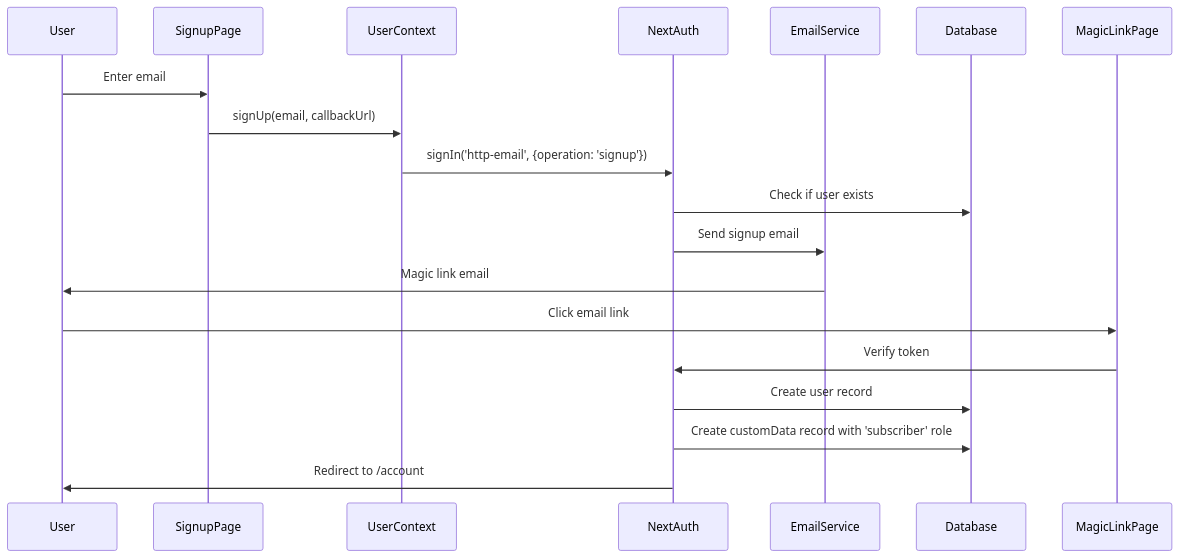
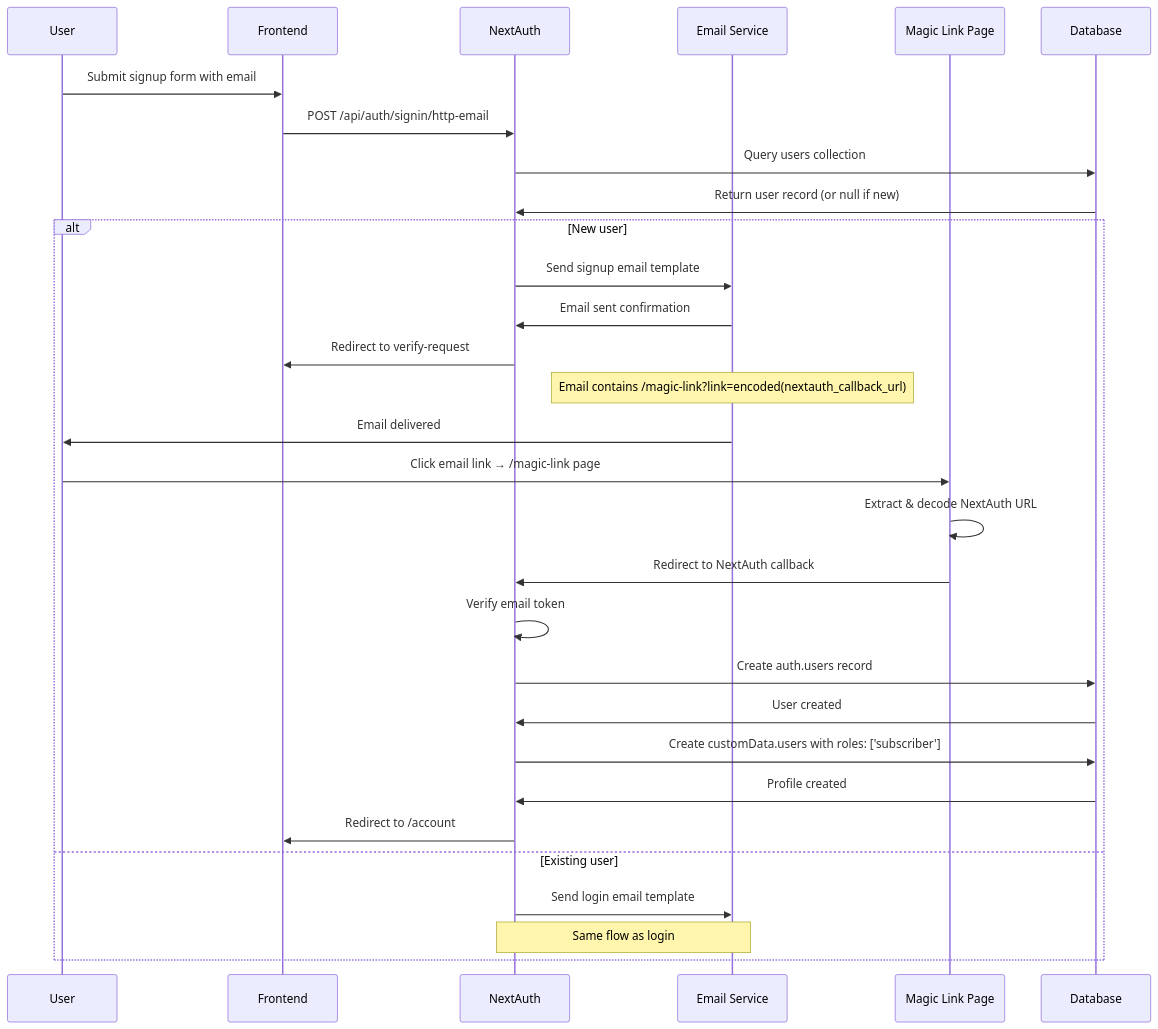
The first of 2 diagrams in site/docs/AUTH.md (responsible-ai-collaborative/aiid), drawn with Mermaid before and after one commit. The commit also changed other lines of this file, not shown here.

Commit message:
Update mermaid diagrams

````diff
--- a/site/docs/AUTH.md
+++ b/site/docs/AUTH.md
@@ -39,22 +47,33 @@
 ```mermaid
 sequenceDiagram
-    participant User
-    participant SignupPage
-    participant UserContext
-    participant NextAuth
-    participant EmailService
-    participant Database
-    participant MagicLinkPage
+    participant U as User
+    participant F as Frontend
+    participant N as NextAuth
+    participant E as Email Service
+    participant M as Magic Link Page
+    participant DB as Database
 
-    User->>SignupPage: Enter email
-    SignupPage->>UserContext: signUp(email, callbackUrl)
-    UserContext->>NextAuth: signIn('http-email', {operation: 'signup'})
-    NextAuth->>Database: Check if user exists
-    NextAuth->>EmailService: Send signup email
-    EmailService->>User: Magic link email
-    User->>MagicLinkPage: Click email link
-    MagicLinkPage->>NextAuth: Verify token
-    NextAuth->>Database: Create user record
-    NextAuth->>Database: Create customData record with 'subscriber' role
-    NextAuth->>User: Redirect to /account
+    U->>F: Submit signup form with email
+    F->>N: POST /api/auth/signin/http-email
+    N->>DB: Query users collection
+    DB->>N: Return user record (or null if new)
+    alt New user
+        N->>E: Send signup email template
+        E->>N: Email sent confirmation
+        N->>F: Redirect to verify-request
+        Note over E: Email contains /magic-link?link=encoded(nextauth_callback_url)
+        E->>U: Email delivered
+        U->>M: Click email link → /magic-link page
+        M->>M: Extract & decode NextAuth URL
+        M->>N: Redirect to NextAuth callback
+        N->>N: Verify email token
+        N->>DB: Create auth.users record
+        DB->>N: User created
+        N->>DB: Create customData.users with roles: ['subscriber']
+        DB->>N: Profile created
+        N->>F: Redirect to /account
+    else Existing user
+        N->>E: Send login email template
+        Note over N,E: Same flow as login
+    end
 ```
````
